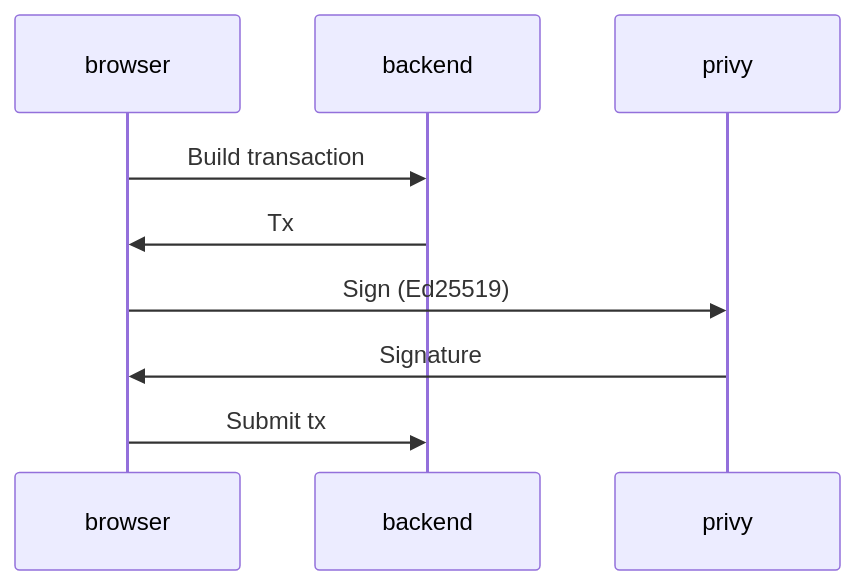
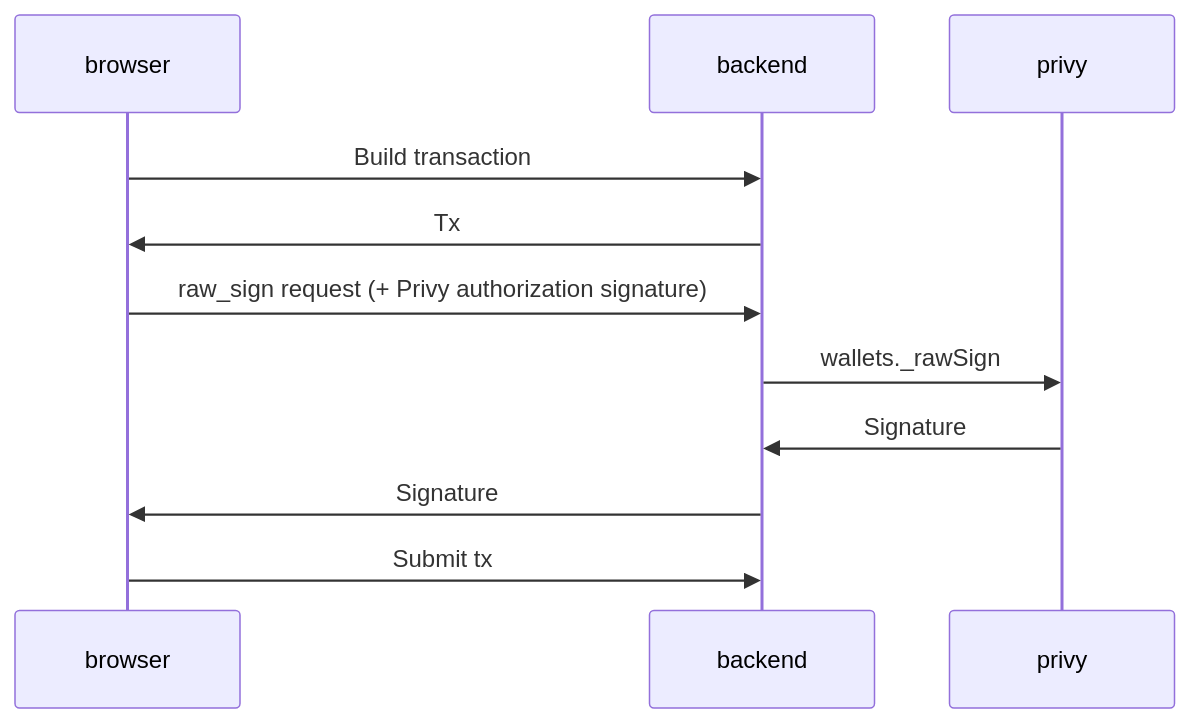
The third of 3 diagrams in README.md (j-mueller/privy-cardano-poc), drawn with Mermaid before and after one commit. The commit also changed other lines of this file, not shown here.

Commit message:
Update README for static frontend + Haskell raw_sign workflow

````diff
--- a/README.md
+++ b/README.md
@@ -82,8 +85,10 @@
 ```mermaid
 sequenceDiagram
   browser->>backend: Build transaction
   backend->>browser: Tx
-  browser->>privy: Sign (Ed25519)
-  privy->>browser: Signature
+  browser->>backend: raw_sign request (+ Privy authorization signature)
+  backend->>privy: wallets._rawSign
+  privy->>backend: Signature
+  backend->>browser: Signature
   browser->>backend: Submit tx
 ```
````
